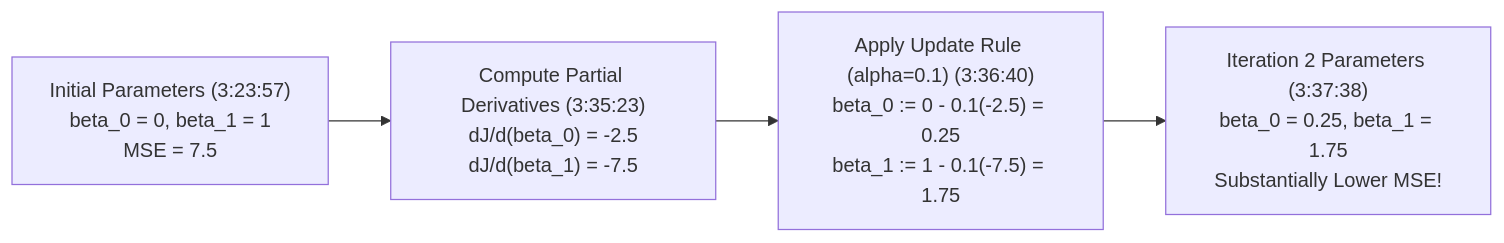
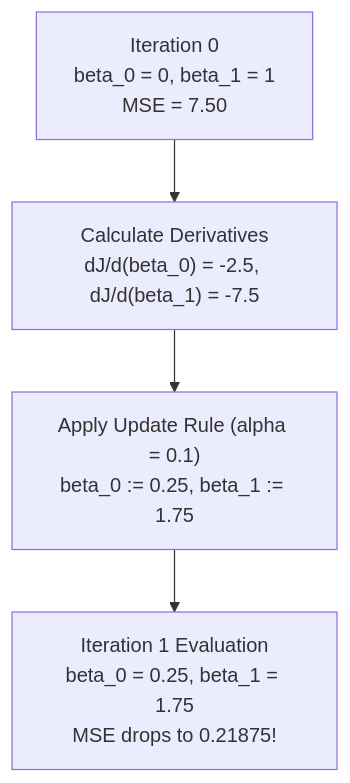
Before and after one commit to xrcodexcode/xr_node: the diagram in 01_RAW/PROCESS/learn-core-machine-learning-part-07.md, drawn with Mermaid. The commit also changed other lines of this file and 15 other files, not shown here.

````diff
--- a/01_RAW/PROCESS/learn-core-machine-learning-part-07.md
+++ b/01_RAW/PROCESS/learn-core-machine-learning-part-07.md
@@ -99,6 +106,6 @@
 ```mermaid
-flowchart LR
-    Init["Initial Parameters (3:23:57)<br/>beta_0 = 0, beta_1 = 1<br/>MSE = 7.5"] --> Derivatives["Compute Partial Derivatives (3:35:23)<br/>dJ/d(beta_0) = -2.5<br/>dJ/d(beta_1) = -7.5"]
-    Derivatives --> Update["Apply Update Rule (alpha=0.1) (3:36:40)<br/>beta_0 := 0 - 0.1(-2.5) = 0.25<br/>beta_1 := 1 - 0.1(-7.5) = 1.75"]
-    Update --> Next["Iteration 2 Parameters (3:37:38)<br/>beta_0 = 0.25, beta_1 = 1.75<br/>Substantially Lower MSE!"]
+flowchart TD
+    Iter0["Iteration 0<br/>beta_0 = 0, beta_1 = 1<br/>MSE = 7.50"] --> Grads["Calculate Derivatives<br/>dJ/d(beta_0) = -2.5, dJ/d(beta_1) = -7.5"]
+    Grads --> Update["Apply Update Rule (alpha = 0.1)<br/>beta_0 := 0.25, beta_1 := 1.75"]
+    Update --> Iter1["Iteration 1 Evaluation<br/>beta_0 = 0.25, beta_1 = 1.75<br/>MSE drops to 0.21875!"]
 ```
````
